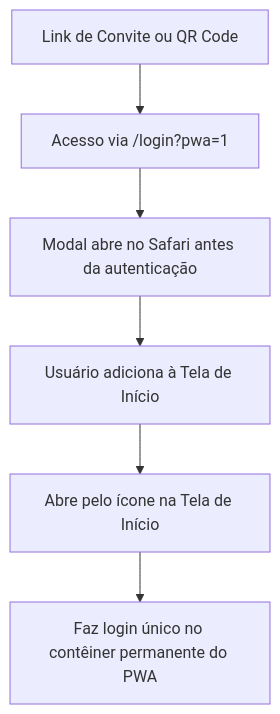
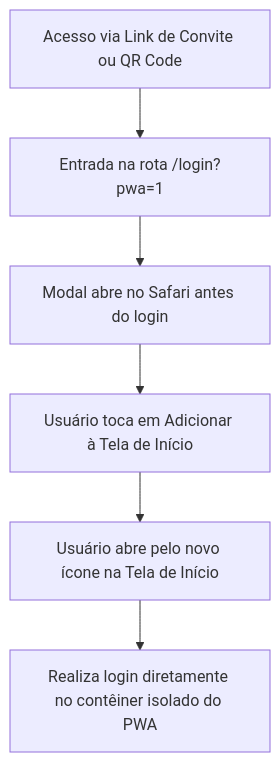
The second of 2 diagrams in README.md (JefersonMarcioEspindola/pwa-modal-installer), drawn with Mermaid before and after one commit. The commit also changed other lines of this file and 6 other files, not shown here.

````diff
--- a/README.md
+++ b/README.md
@@ -215,8 +223,8 @@
 ```mermaid
 flowchart TD
-    Start["Link de Convite ou QR Code"] --> URL["Acesso via /login?pwa=1"]
-    URL --> Modal["Modal abre no Safari antes da autenticação"]
-    Modal --> Action["Usuário adiciona à Tela de Início"]
-    Action --> Open["Abre pelo ícone na Tela de Início"]
-    Open --> Login["Faz login único no contêiner permanente do PWA"]
+    Invite["Acesso via Link de Convite ou QR Code"] --> Route["Entrada na rota /login?pwa=1"]
+    Route --> Prompt["Modal abre no Safari antes do login"]
+    Prompt --> A2HS["Usuário toca em Adicionar à Tela de Início"]
+    A2HS --> Launch["Usuário abre pelo novo ícone na Tela de Início"]
+    Launch --> Auth["Realiza login diretamente no contêiner isolado do PWA"]
 ```
````
